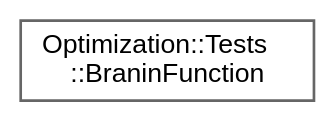
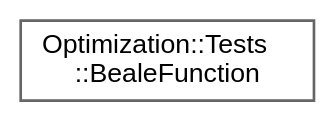
Before and after one commit to jswoo0615/Algorithms_for_Optimization_cpp: the diagram in inherit_graph_39.dot, drawn with Graphviz. The commit also changed 46 other files, not shown here.

```diff
--- a/inherit_graph_39.dot
+++ b/inherit_graph_39.dot
@@ -1,9 +1,9 @@
 digraph "Graphical Class Hierarchy"
 {
  // LATEX_PDF_SIZE
   bgcolor="transparent";
   edge [fontname=Helvetica,fontsize=10,labelfontname=Helvetica,labelfontsize=10];
   node [fontname=Helvetica,fontsize=10,shape=box,height=0.2,width=0.4];
   rankdir="LR";
-  Node0 [id="Node000000",label="Optimization::Tests\l::BraninFunction",height=0.2,width=0.4,color="grey40", fillcolor="white", style="filled",URL="$structOptimization_1_1Tests_1_1BraninFunction.html",tooltip="Branin Function (전역 최적화 테스트용 벤치마크)"];
+  Node0 [id="Node000000",label="Optimization::Tests\l::BealeFunction",height=0.2,width=0.4,color="grey40", fillcolor="white", style="filled",URL="$structOptimization_1_1Tests_1_1BealeFunction.html",tooltip="Beale Function."];
 }
```
